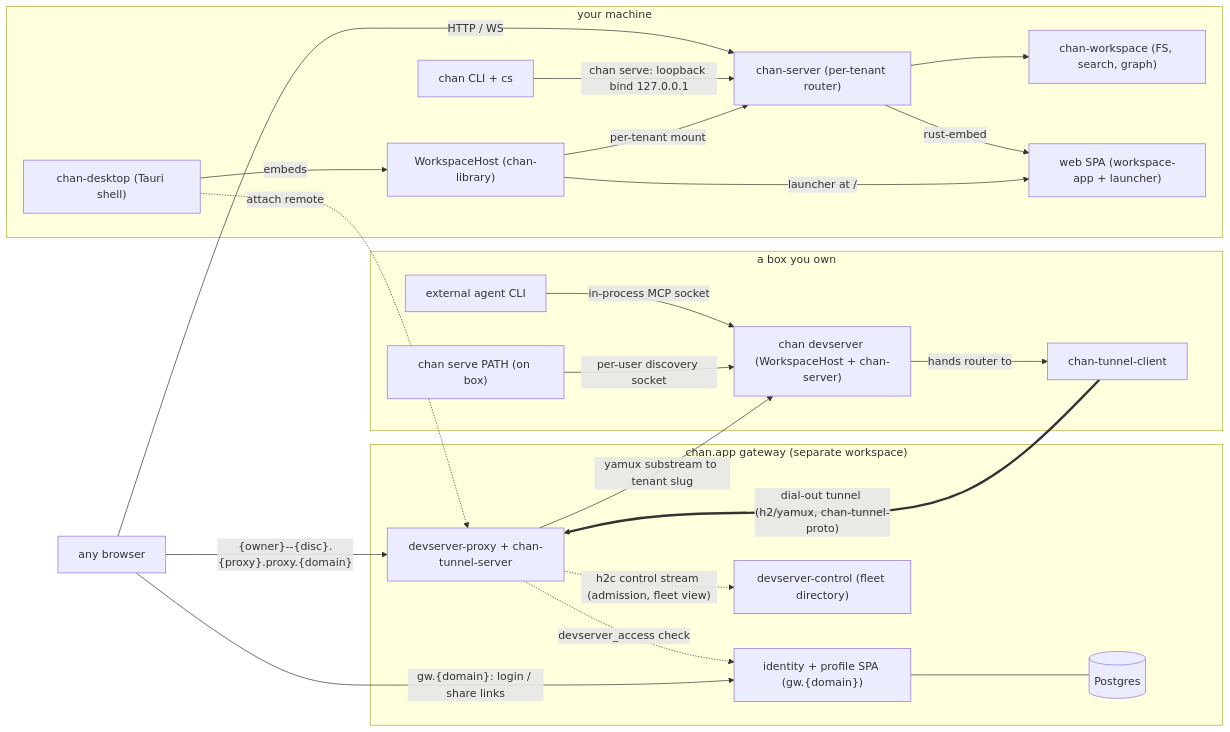
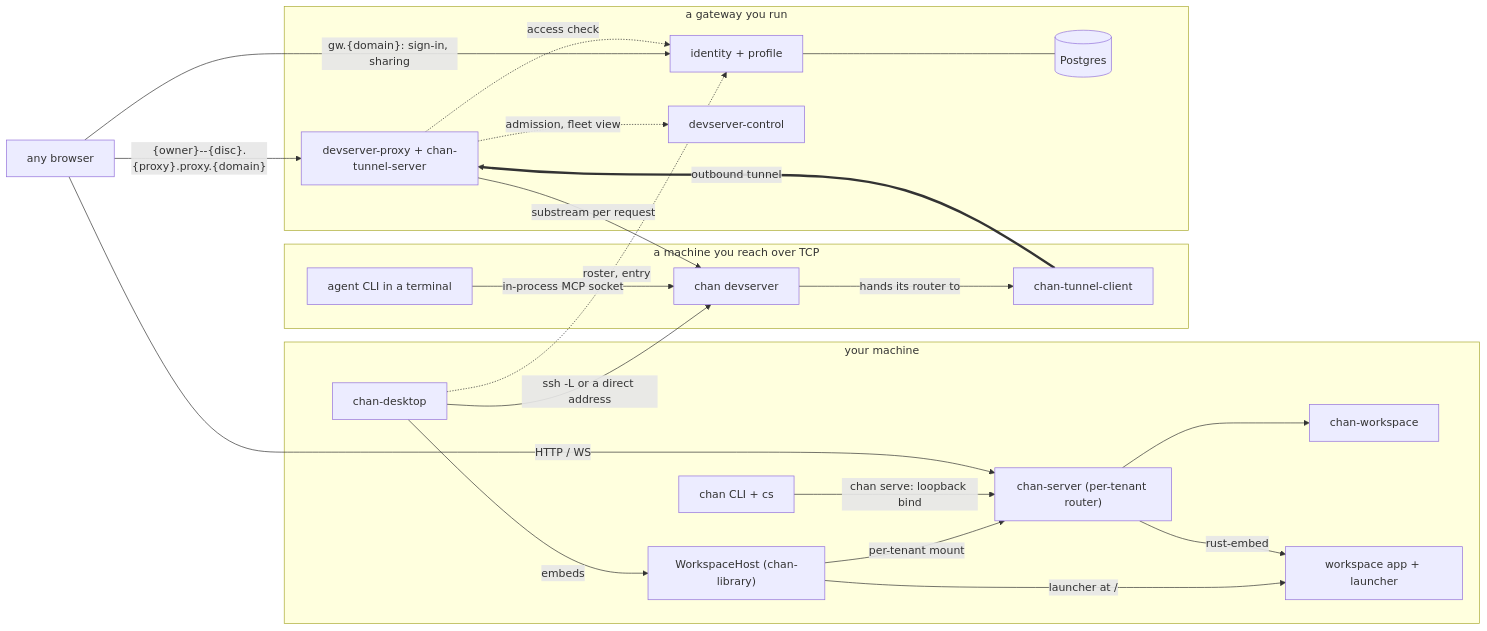
One commit to fiorix/chan changed the second of 3 diagrams in design.md. Above: the diagram before and after it, drawn with Mermaid. The commit also changed other lines of this file and 37 other files, not shown here.

First line of the commit message:
docs: describe chan as a supercharged terminal emulator

````diff
--- a/design.md
+++ b/design.md
@@ -26,48 +56,47 @@
 ```mermaid
 flowchart LR
   Browser["any browser"]
 
   subgraph Machine["your machine"]
     Cli["chan CLI + cs"]
-    Desktop["chan-desktop (Tauri shell)"]
+    Desktop["chan-desktop"]
     Host["WorkspaceHost (chan-library)"]
     Server["chan-server (per-tenant router)"]
-    Core["chan-workspace (FS, search, graph)"]
-    Spa["web SPA (workspace-app + launcher)"]
+    Core["chan-workspace"]
+    Spa["workspace app + launcher"]
   end
 
-  subgraph Box["a box you own"]
-    BoxCli["chan serve PATH (on box)"]
-    Dev["chan devserver (WorkspaceHost + chan-server)"]
-    Agent["external agent CLI"]
+  subgraph Box["a machine you reach over TCP"]
+    Dev["chan devserver"]
+    Agent["agent CLI in a terminal"]
     TunC["chan-tunnel-client"]
   end
 
-  subgraph Cloud["chan.app gateway (separate workspace)"]
-    Identity["identity + profile SPA (gw.{domain})"]
+  subgraph Gw["a gateway you run"]
+    Identity["identity + profile"]
     Pg[("Postgres")]
     Proxy["devserver-proxy + chan-tunnel-server"]
-    Ctl["devserver-control (fleet directory)"]
+    Ctl["devserver-control"]
   end
 
   Desktop -->|"embeds"| Host
   Host -->|"per-tenant mount"| Server
   Host -->|"launcher at /"| Spa
   Server --> Core
   Server -->|"rust-embed"| Spa
-  Cli -->|"chan serve: loopback bind 127.0.0.1"| Server
+  Cli -->|"chan serve: loopback bind"| Server
   Browser -->|"HTTP / WS"| Server
 
-  BoxCli -->|"per-user discovery socket"| Dev
+  Desktop -->|"ssh -L or a direct address"| Dev
   Agent -->|"in-process MCP socket"| Dev
-  Dev -->|"hands router to"| TunC
-  TunC ==>|"dial-out tunnel (h2/yamux, chan-tunnel-proto)"| Proxy
-  Proxy -->|"yamux substream to tenant slug"| Dev
+  Dev -->|"hands its router to"| TunC
+  TunC ==>|"outbound tunnel"| Proxy
+  Proxy -->|"substream per request"| Dev
 
   Browser -->|"{owner}--{disc}.{proxy}.proxy.{domain}"| Proxy
-  Browser -->|"gw.{domain}: login / share links"| Identity
+  Browser -->|"gw.{domain}: sign-in, sharing"| Identity
   Identity --- Pg
-  Proxy -.->|"devserver_access check"| Identity
-  Proxy -.->|"h2c control stream (admission, fleet view)"| Ctl
-  Desktop -.->|"attach remote"| Proxy
+  Proxy -.->|"access check"| Identity
+  Proxy -.->|"admission, fleet view"| Ctl
+  Desktop -.->|"roster, entry"| Identity
 ```
````
